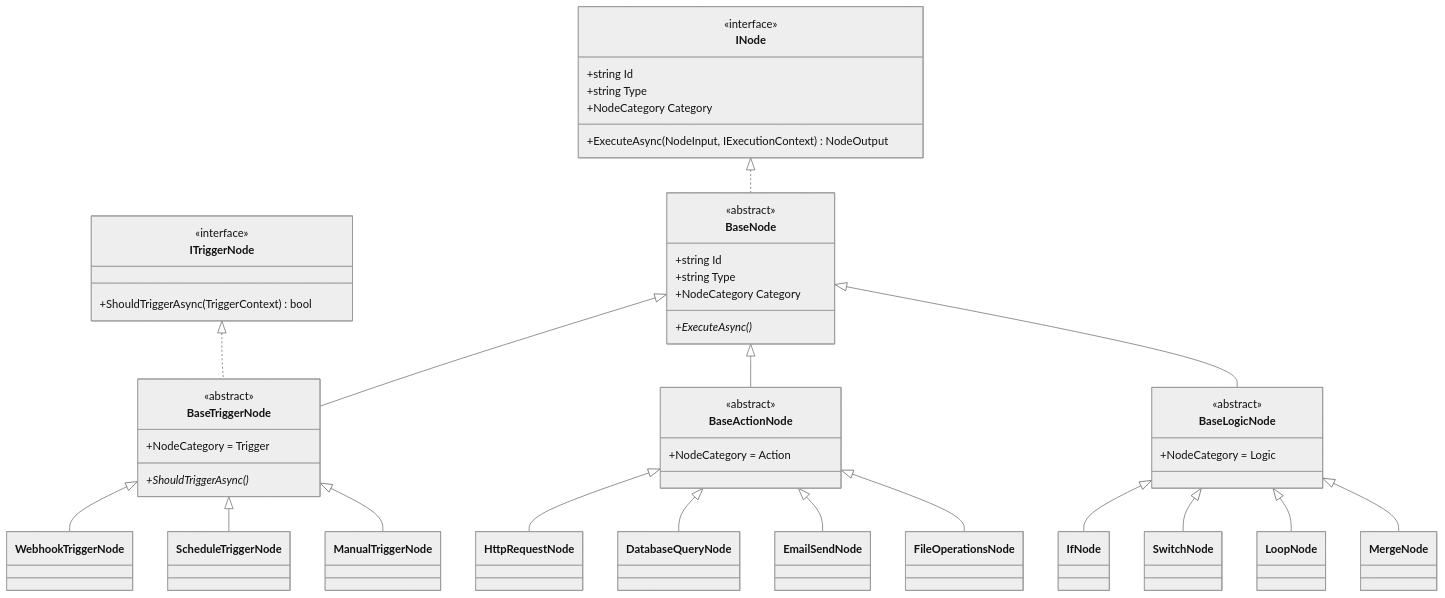
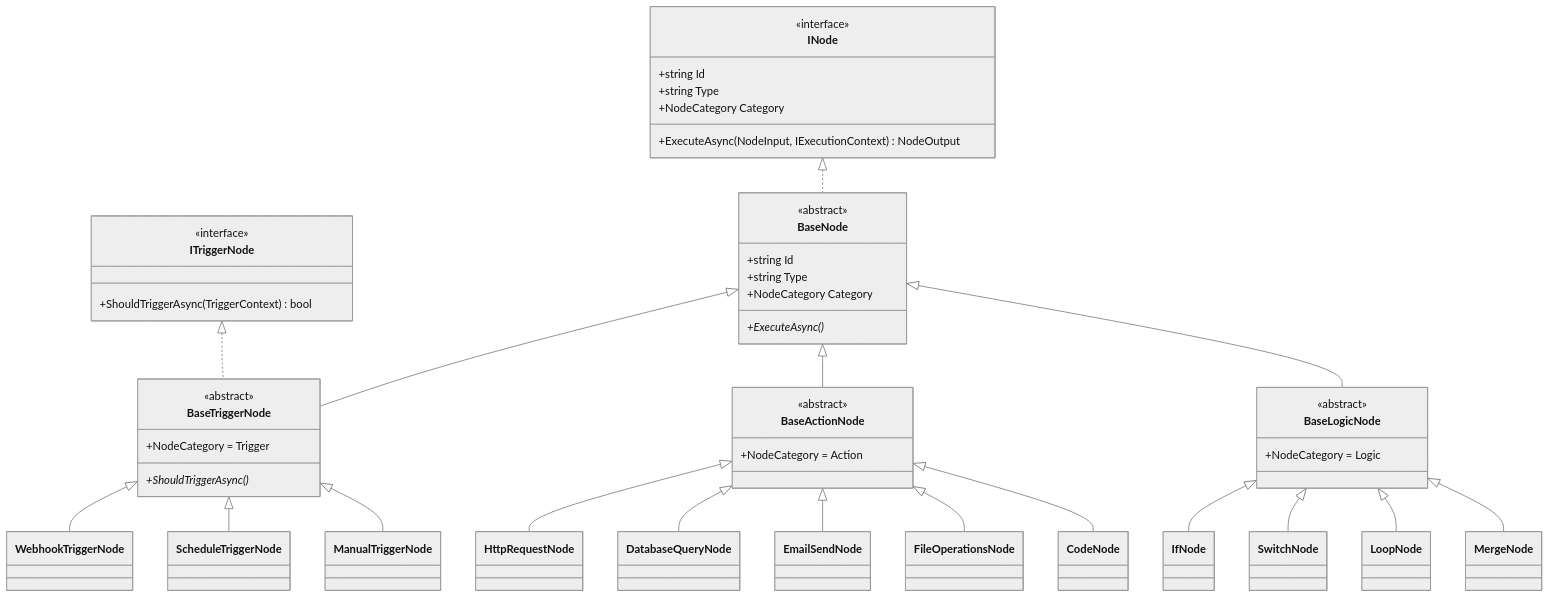
Before and after one commit to homolibere/Vyshyvanka: the first of 4 diagrams in docs/05-node-system.md, drawn with Mermaid (neutral theme). The commit also changed other lines of this file and 14 other files, not shown here.

Commit message:
feat(engine): add Code node with Roslyn scripting and sandbox execution

````diff
--- a/docs/05-node-system.md
+++ b/docs/05-node-system.md
@@ -9,59 +9,60 @@
 ```mermaid
 classDiagram
     class INode {
         <<interface>>
         +string Id
         +string Type
         +NodeCategory Category
         +ExecuteAsync(NodeInput, IExecutionContext) NodeOutput
     }
 
     class ITriggerNode {
         <<interface>>
         +ShouldTriggerAsync(TriggerContext) bool
     }
 
     class BaseNode {
         <<abstract>>
         +string Id
         +string Type
         +NodeCategory Category
         +ExecuteAsync()*
     }
 
     class BaseTriggerNode {
         <<abstract>>
         +NodeCategory = Trigger
         +ShouldTriggerAsync()*
     }
 
     class BaseActionNode {
         <<abstract>>
         +NodeCategory = Action
     }
 
     class BaseLogicNode {
         <<abstract>>
         +NodeCategory = Logic
     }
 
     INode <|.. BaseNode
     ITriggerNode <|.. BaseTriggerNode
     BaseNode <|-- BaseTriggerNode
     BaseNode <|-- BaseActionNode
     BaseNode <|-- BaseLogicNode
 
     BaseTriggerNode <|-- WebhookTriggerNode
     BaseTriggerNode <|-- ScheduleTriggerNode
     BaseTriggerNode <|-- ManualTriggerNode
 
     BaseActionNode <|-- HttpRequestNode
     BaseActionNode <|-- DatabaseQueryNode
     BaseActionNode <|-- EmailSendNode
     BaseActionNode <|-- FileOperationsNode
+    BaseActionNode <|-- CodeNode
 
     BaseLogicNode <|-- IfNode
     BaseLogicNode <|-- SwitchNode
     BaseLogicNode <|-- LoopNode
     BaseLogicNode <|-- MergeNode
 ```
````
